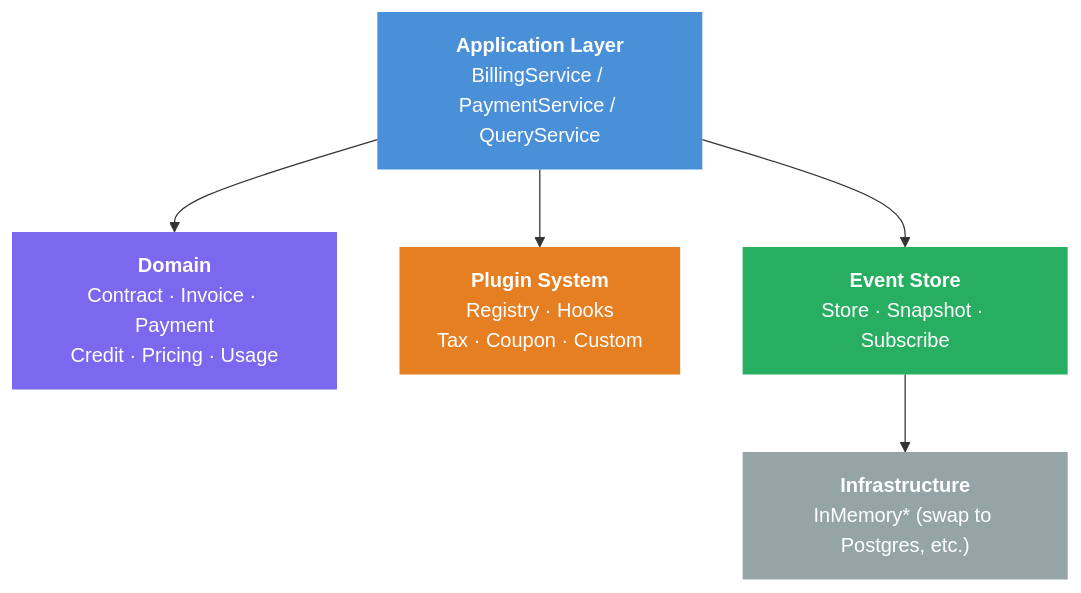
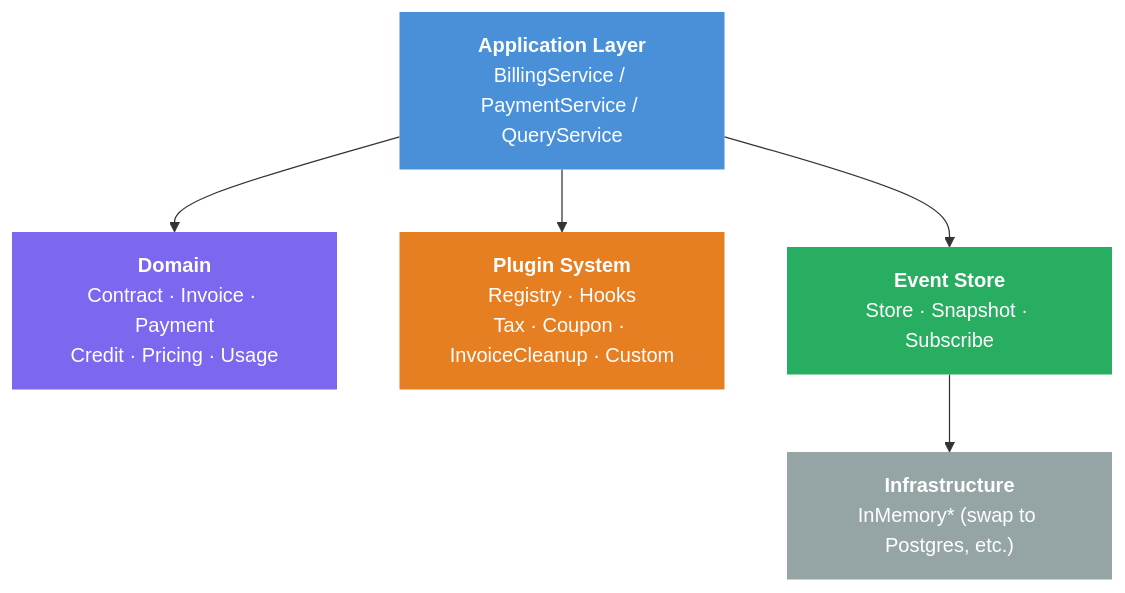
One commit to contract-to-cash/core changed the first of 3 diagrams in examples/README.md. Above: the diagram before and after it, drawn with Mermaid. The commit also changed other lines of this file and 24 other files, not shown here.

````diff
--- a/examples/README.md
+++ b/examples/README.md
@@ -48,20 +48,20 @@
 ```mermaid
 graph TD
     App["<b>Application Layer</b><br/>BillingService / PaymentService / QueryService"]
 
     App --> Domain
     App --> Plugin
     App --> ES
 
     Domain["<b>Domain</b><br/>Contract · Invoice · Payment<br/>Credit · Pricing · Usage"]
-    Plugin["<b>Plugin System</b><br/>Registry · Hooks<br/>Tax · Coupon · Custom"]
+    Plugin["<b>Plugin System</b><br/>Registry · Hooks<br/>Tax · Coupon · InvoiceCleanup · Custom"]
     ES["<b>Event Store</b><br/>Store · Snapshot · Subscribe"]
 
     ES --> Infra["<b>Infrastructure</b><br/>InMemory* (swap to Postgres, etc.)"]
 
     style App fill:#4A90D9,color:#fff,stroke:none
     style Domain fill:#7B68EE,color:#fff,stroke:none
     style Plugin fill:#E67E22,color:#fff,stroke:none
     style ES fill:#27AE60,color:#fff,stroke:none
     style Infra fill:#95A5A6,color:#fff,stroke:none
 ```
````
